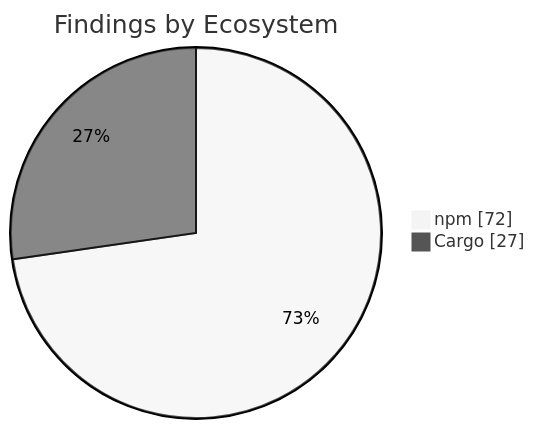
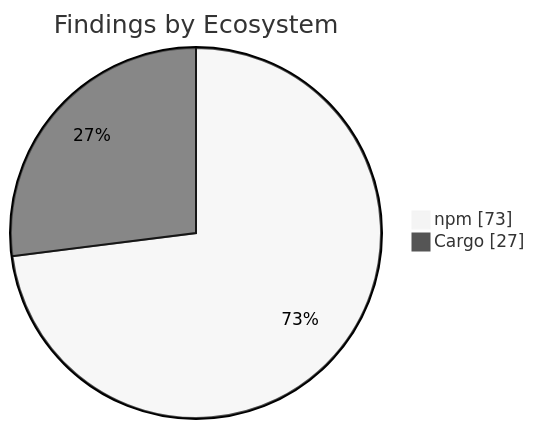
Before and after one commit to KBVE/kbve: the second of 2 diagrams in apps/kbve/astro-kbve/src/content/docs/dashboard/security.mdx, drawn with Mermaid (neutral theme). The commit also changed other lines of this file and 8 other files, not shown here.

````diff
--- a/apps/kbve/astro-kbve/src/content/docs/dashboard/security.mdx
+++ b/apps/kbve/astro-kbve/src/content/docs/dashboard/security.mdx
@@ -73,6 +73,6 @@
 ```mermaid
 pie showData
     title Findings by Ecosystem
-    "npm" : 72
+    "npm" : 73
     "Cargo" : 27
 ```
````
